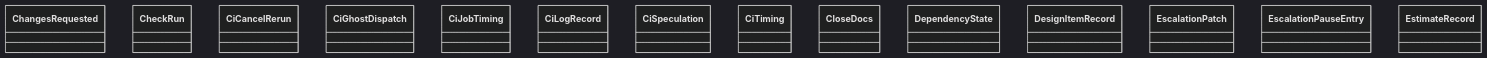
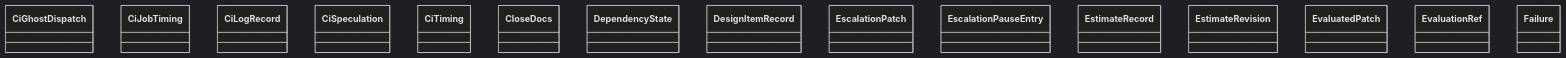
One commit to GonzaloZevallos/agentic-system changed the diagram in docs/architecture/generated/classes-process-domain-state-4.md. Above: the diagram before and after it, drawn with Mermaid (dark theme). The commit also changed other lines of this file and 10 other files, not shown here.

````diff
--- a/docs/architecture/generated/classes-process-domain-state-4.md
+++ b/docs/architecture/generated/classes-process-domain-state-4.md
@@ -28,17 +28,18 @@
 ```mermaid
 classDiagram
-    class task__ChangesRequested["ChangesRequested"]
-    class task__CheckRun["CheckRun"]
-    class task__CiCancelRerun["CiCancelRerun"]
     class task__CiGhostDispatch["CiGhostDispatch"]
     class task__CiJobTiming["CiJobTiming"]
     class task__CiLogRecord["CiLogRecord"]
     class task__CiSpeculation["CiSpeculation"]
     class task__CiTiming["CiTiming"]
     class task__CloseDocs["CloseDocs"]
     class task__DependencyState["DependencyState"]
     class task__DesignItemRecord["DesignItemRecord"]
     class task__EscalationPatch["EscalationPatch"]
     class task__EscalationPauseEntry["EscalationPauseEntry"]
     class task__EstimateRecord["EstimateRecord"]
+    class task__EstimateRevision["EstimateRevision"]
+    class task__EvaluatedPatch["EvaluatedPatch"]
+    class task__EvaluationRef["EvaluationRef"]
+    class task__Failure["Failure"]
 ```
````
